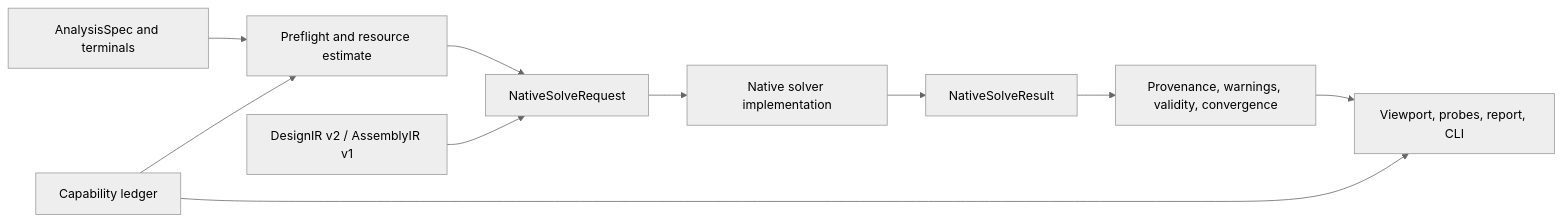
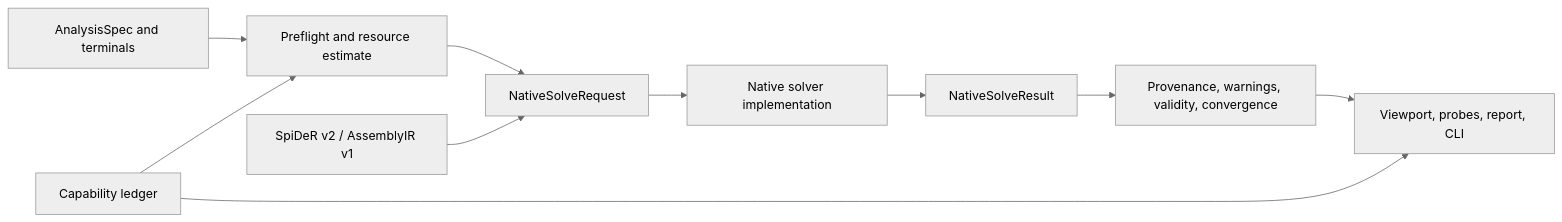
The sixth of 8 diagrams in docs/CAD_NEUTRAL_NATIVE_MULTIPHYSICS_FOUNDATION.md (krishna-swaroop/SPIKE), drawn with Mermaid (neutral theme) before and after one commit. The commit also changed other lines of this file and 523 other files, not shown here.

````diff
--- a/docs/CAD_NEUTRAL_NATIVE_MULTIPHYSICS_FOUNDATION.md
+++ b/docs/CAD_NEUTRAL_NATIVE_MULTIPHYSICS_FOUNDATION.md
@@ -822,12 +822,12 @@
 ```mermaid
 flowchart LR
     SPEC["AnalysisSpec and terminals"] --> PRE["Preflight and resource estimate"]
     PRE --> REQUEST["NativeSolveRequest"]
-    IR["DesignIR v2 / AssemblyIR v1"] --> REQUEST
+    IR["SpiDeR v2 / AssemblyIR v1"] --> REQUEST
     REQUEST --> ENGINE["Native solver implementation"]
     ENGINE --> RESULT["NativeSolveResult"]
     RESULT --> PROV["Provenance, warnings, validity, convergence"]
     PROV --> UI["Viewport, probes, report, CLI"]
     LEDGER["Capability ledger"] --> PRE
     LEDGER --> UI
 ```
````
